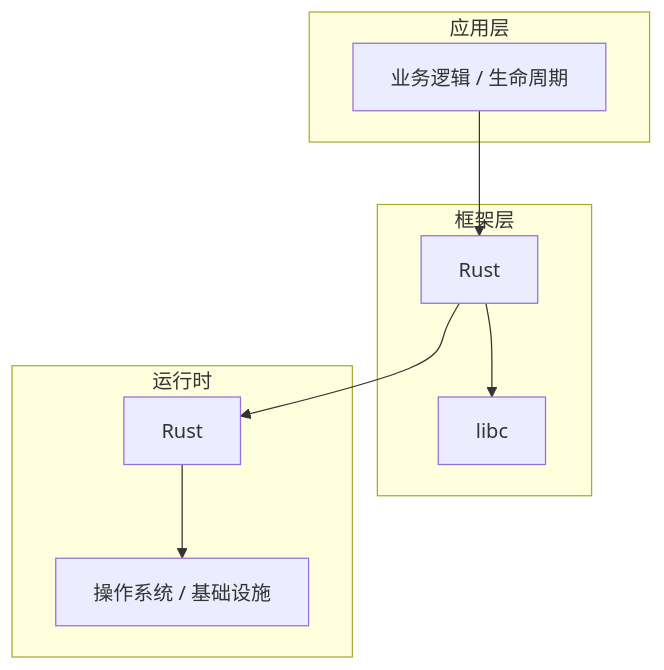
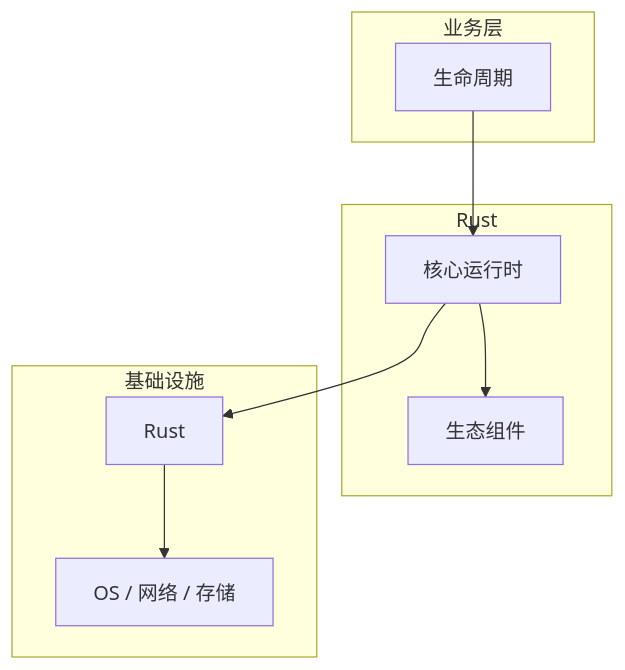
The diagram in articles/Rust系统编程/chapters/016-生命周期核心概念与原理.md (yanggan2015/knowledge-json-v2), drawn with Mermaid before and after one commit. The commit also changed other lines of this file and 10127 other files, not shown here.

````diff
--- a/articles/Rust系统编程/chapters/016-生命周期核心概念与原理.md
+++ b/articles/Rust系统编程/chapters/016-生命周期核心概念与原理.md
@@ -45,18 +30,18 @@
 ```mermaid
 graph TB
-    subgraph 应用层
-        A[业务逻辑 / 生命周期]
+    subgraph 业务层
+        A[生命周期]
     end
-    subgraph 框架层
-        B[Rust]
-        C[libc]
+    subgraph Rust
+        B[核心运行时]
+        C[生态组件]
     end
-    subgraph 运行时
+    subgraph 基础设施
         D[Rust]
-        E[操作系统 / 基础设施]
+        E[OS / 网络 / 存储]
     end
     A --> B
     B --> C
     B --> D
     D --> E
 ```
````
